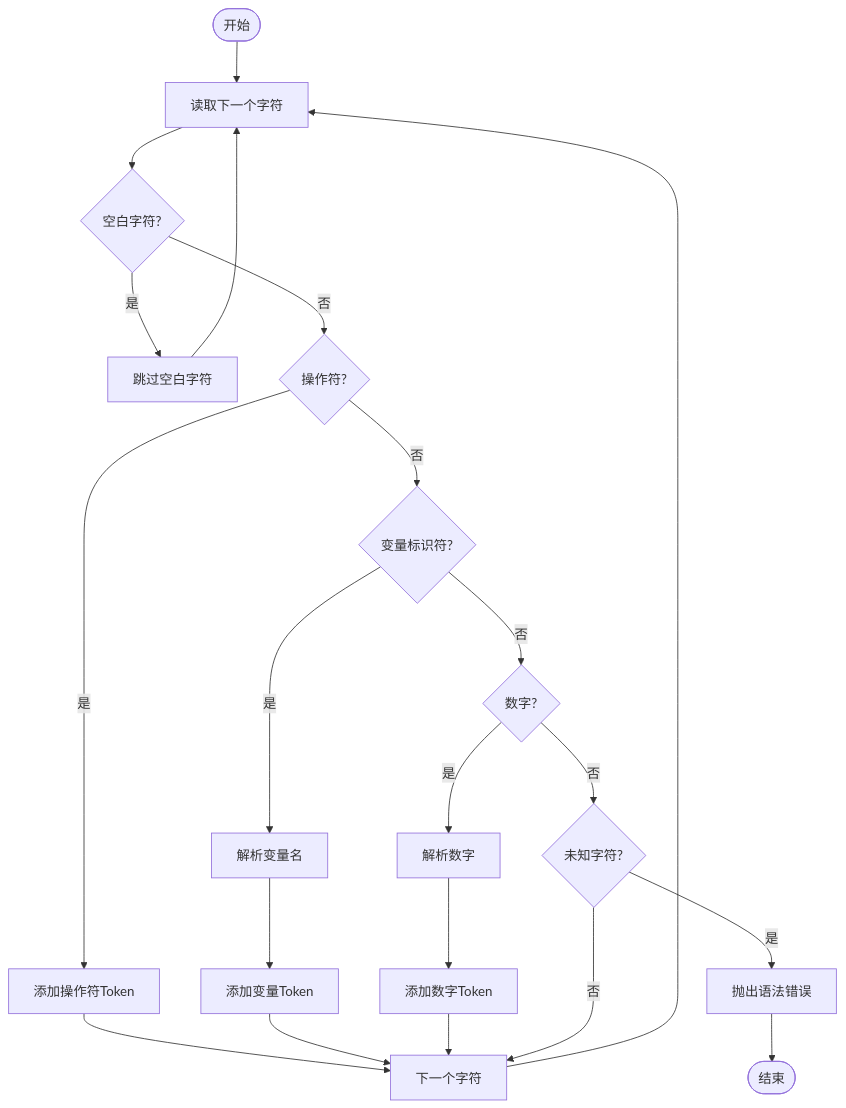
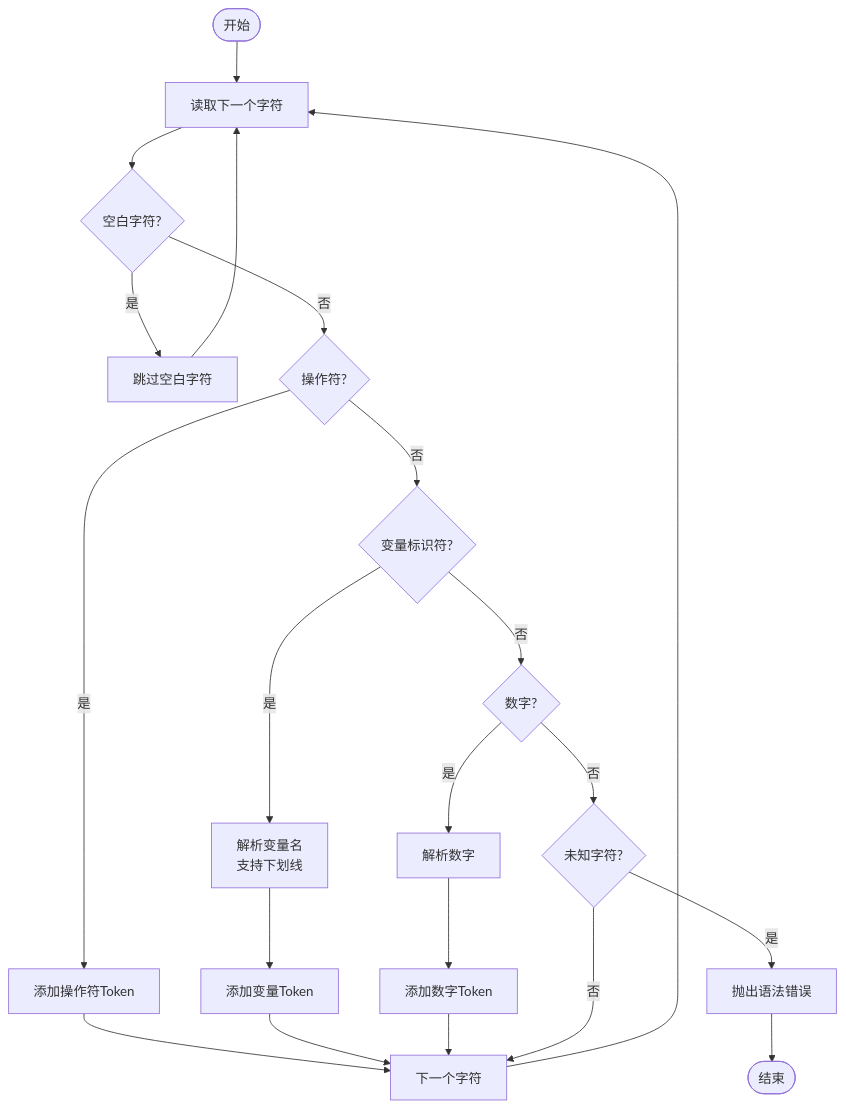
The fourth of 7 diagrams in .qoder/repowiki/zh/content/开发者指南/核心模块实现/公式解析器.md (steveyu2/formula-mapper), drawn with Mermaid before and after one commit. The commit also changed other lines of this file and 4 other files, not shown here.

````diff
--- a/.qoder/repowiki/zh/content/开发者指南/核心模块实现/公式解析器.md
+++ b/.qoder/repowiki/zh/content/开发者指南/核心模块实现/公式解析器.md
@@ -150,23 +163,23 @@
 ```mermaid
 flowchart TD
 Start([开始]) --> ReadChar["读取下一个字符"]
 ReadChar --> CheckSpace{"空白字符?"}
 CheckSpace --> |是| SkipSpace["跳过空白字符"]
 CheckSpace --> |否| CheckOperator{"操作符?"}
 SkipSpace --> ReadChar
 CheckOperator --> |是| AddOperator["添加操作符Token"]
 CheckOperator --> |否| CheckVariable{"变量标识符?"}
 AddOperator --> NextChar["下一个字符"]
-CheckVariable --> |是| ParseVariable["解析变量名"]
+CheckVariable --> |是| ParseVariable["解析变量名<br/>支持下划线"]
 CheckVariable --> |否| CheckNumber{"数字?"}
 ParseVariable --> AddVariable["添加变量Token"]
 AddVariable --> NextChar
 CheckNumber --> |是| ParseNumber["解析数字"]
 CheckNumber --> |否| CheckUnknown{"未知字符?"}
 ParseNumber --> AddNumber["添加数字Token"]
 AddNumber --> NextChar
 CheckUnknown --> |是| ThrowError["抛出语法错误"]
 CheckUnknown --> |否| NextChar
 NextChar --> ReadChar
 ThrowError --> End([结束])
 ```
````
